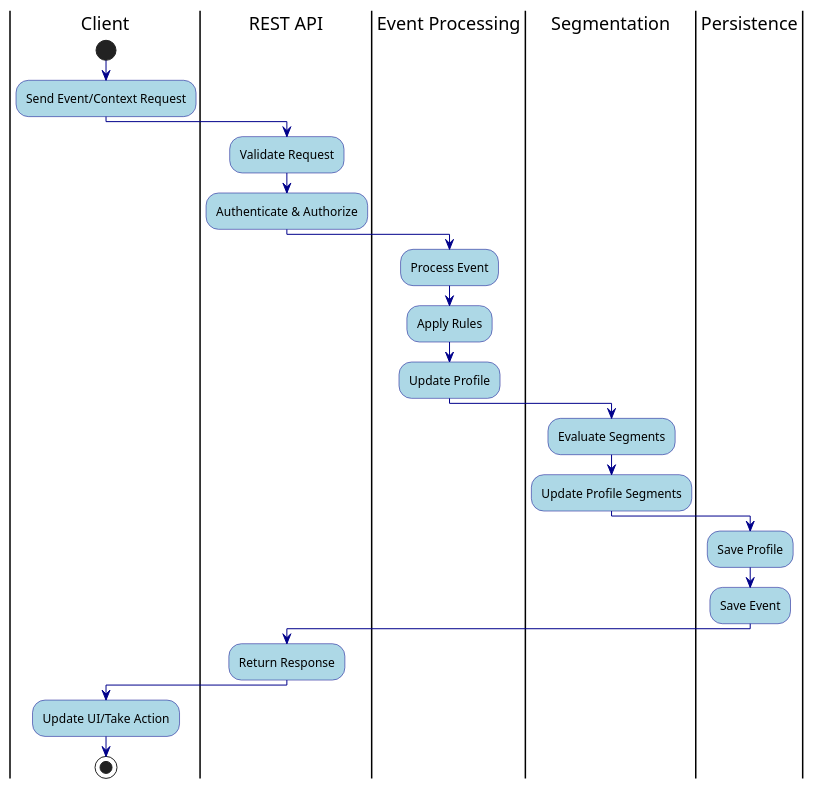
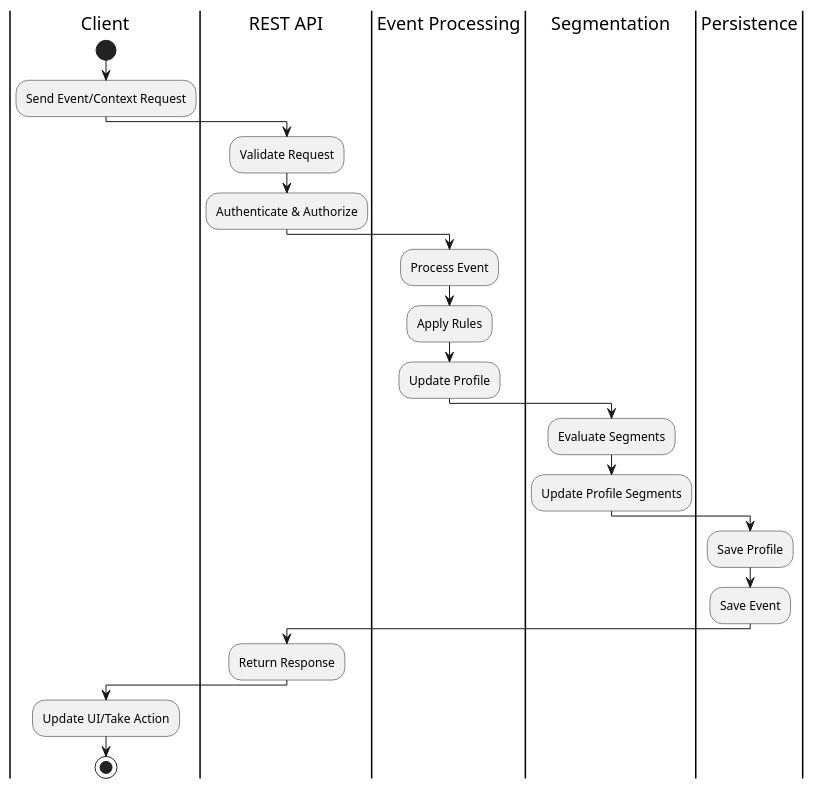
One commit to apache/unomi changed the fourth of 4 diagrams in manual/src/main/asciidoc/architecture.adoc. Above: the diagram before and after it, drawn with PlantUML. The commit also changed other lines of this file and 16 other files, not shown here.

First line of the commit message:
docs: brand PlantUML diagrams with Unomi theme colors

```diff
--- a/manual/src/main/asciidoc/architecture.adoc
+++ b/manual/src/main/asciidoc/architecture.adoc
@@ -213,36 +203,33 @@
 [plantuml]
 ----
 @startuml
-skinparam activityBackgroundColor LightBlue
-skinparam activityBorderColor DarkBlue
-skinparam arrowColor DarkBlue
 
 |Client|
 start
 :Send Event/Context Request;
 
 |REST API|
 :Validate Request;
 :Authenticate & Authorize;
 
 |Event Processing|
 :Process Event;
 :Apply Rules;
 :Update Profile;
 
 |Segmentation|
 :Evaluate Segments;
 :Update Profile Segments;
 
 |Persistence|
 :Save Profile;
 :Save Event;
 
 |REST API|
 :Return Response;
 
 |Client|
 :Update UI/Take Action;
 stop
 @enduml
 ---- 
```
